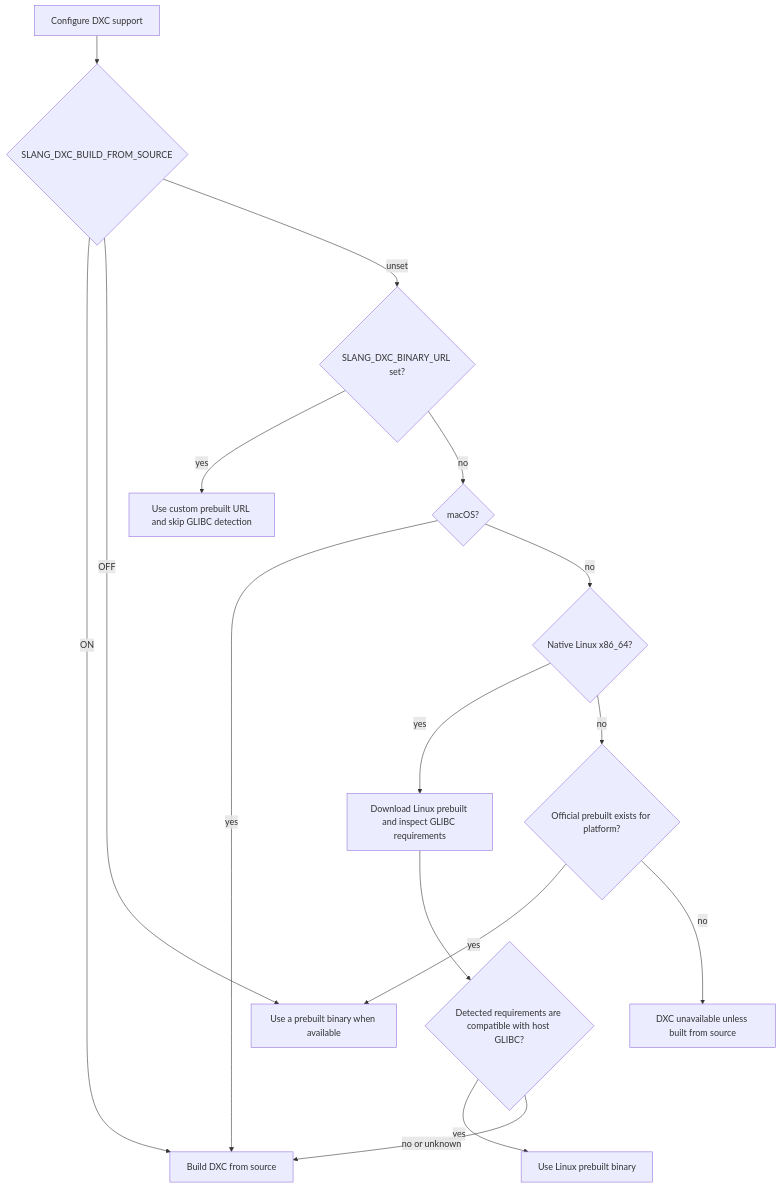
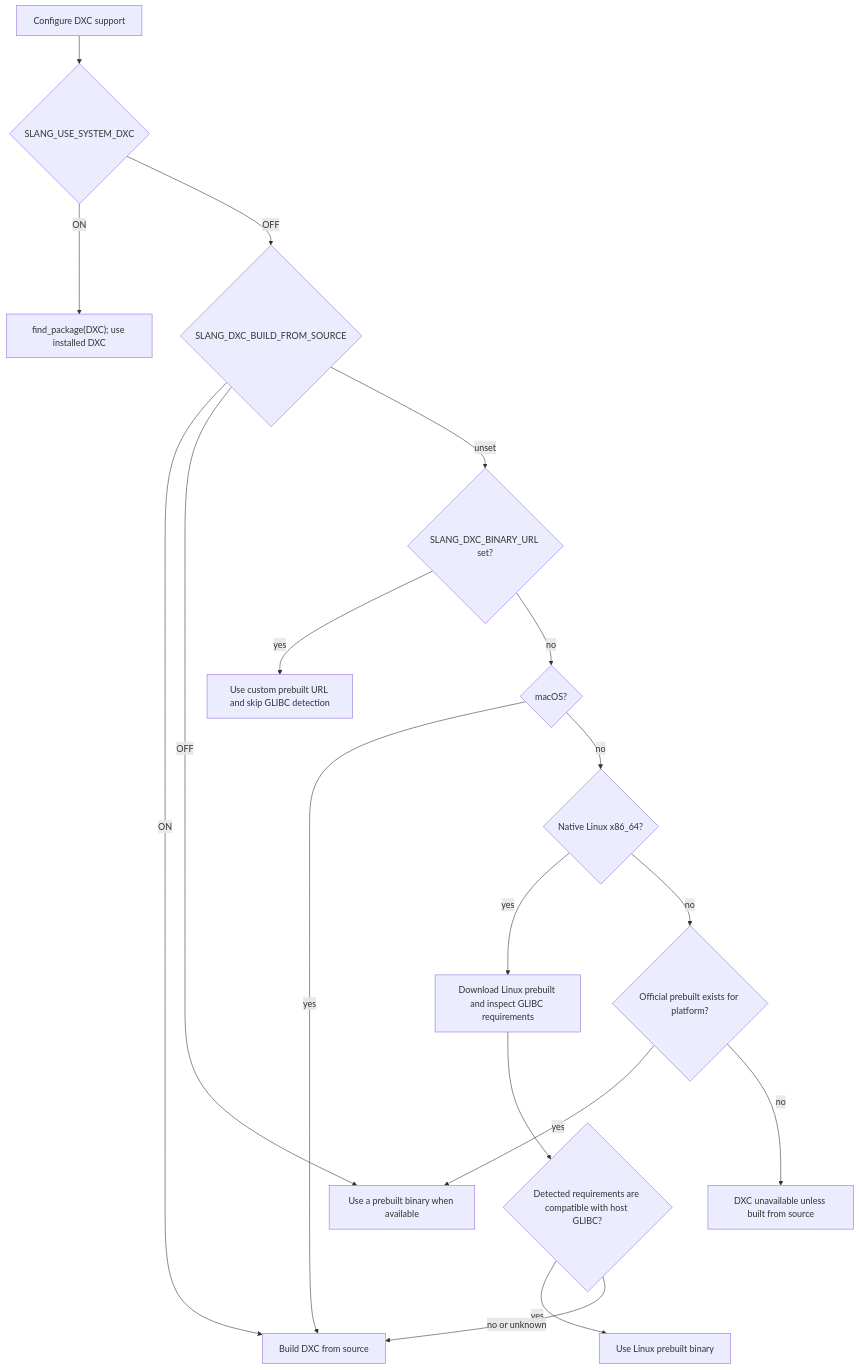
The diagram in docs/building.md (shader-slang/slang), drawn with Mermaid before and after one commit. The commit also changed other lines of this file and 5 other files, not shown here.

Commit message:
Add support for system-installed DXC

````diff
--- a/docs/building.md
+++ b/docs/building.md
@@ -344,18 +362,20 @@
 ```mermaid
 flowchart TD
-    Start["Configure DXC support"] --> BuildFromSource{"SLANG_DXC_BUILD_FROM_SOURCE"}
+    Start["Configure DXC support"] --> UseSystem{"SLANG_USE_SYSTEM_DXC"}
+    UseSystem -->|ON| System["find_package(DXC); use installed DXC"]
+    UseSystem -->|OFF| BuildFromSource{"SLANG_DXC_BUILD_FROM_SOURCE"}
     BuildFromSource -->|ON| Source["Build DXC from source"]
     BuildFromSource -->|OFF| Prebuilt["Use a prebuilt binary when available"]
     BuildFromSource -->|unset| CustomUrl{"SLANG_DXC_BINARY_URL set?"}
     CustomUrl -->|yes| CustomPrebuilt["Use custom prebuilt URL and skip GLIBC detection"]
     CustomUrl -->|no| MacOS{"macOS?"}
     MacOS -->|yes| Source
     MacOS -->|no| NativeLinux{"Native Linux x86_64?"}
     NativeLinux -->|yes| Probe["Download Linux prebuilt and inspect GLIBC requirements"]
     Probe --> Compatible{"Detected requirements are compatible with host GLIBC?"}
     Compatible -->|yes| LinuxPrebuilt["Use Linux prebuilt binary"]
     Compatible -->|no or unknown| Source
     NativeLinux -->|no| OfficialPrebuilt{"Official prebuilt exists for platform?"}
     OfficialPrebuilt -->|yes| Prebuilt
     OfficialPrebuilt -->|no| Unavailable["DXC unavailable unless built from source"]
 ```
````
